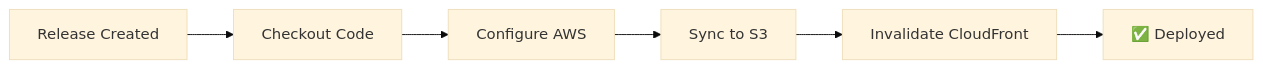
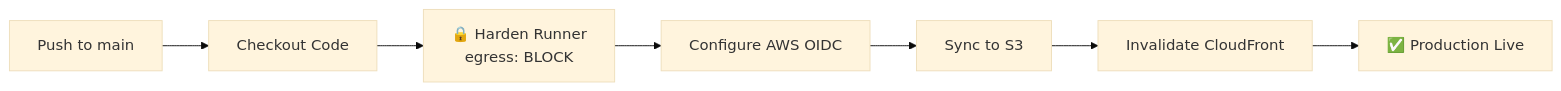
One commit to Hack23/euparliamentmonitor changed the fourth of 13 diagrams in WORKFLOWS.md. Above: the diagram before and after it, drawn with Mermaid (base theme). The commit also changed other lines of this file, not shown here.

````diff
--- a/WORKFLOWS.md
+++ b/WORKFLOWS.md
@@ -368,8 +440,9 @@
 ```mermaid
 graph LR
-    A[Release Created] --> B[Checkout Code]
-    B --> C[Configure AWS]
-    C --> D[Sync to S3]
-    D --> E[Invalidate CloudFront]
-    E --> F[✅ Deployed]
+    A[Push to main] --> B[Checkout Code]
+    B --> C[🔒 Harden Runner<br/>egress: BLOCK]
+    C --> D[Configure AWS OIDC]
+    D --> E[Sync to S3]
+    E --> F[Invalidate CloudFront]
+    F --> G[✅ Production Live]
 ```
````
